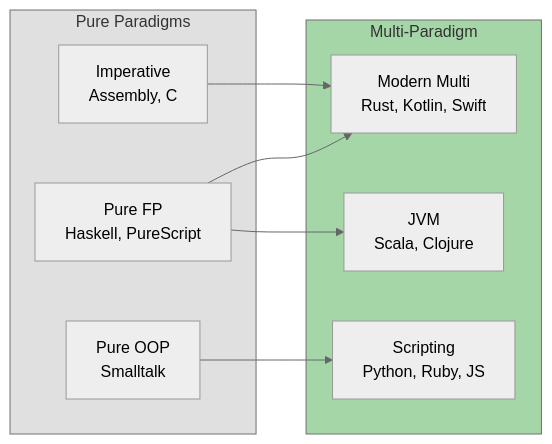
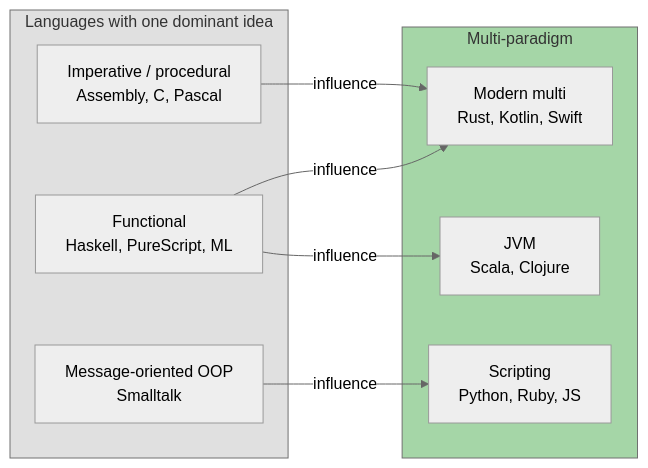
Before and after one commit to akardapolov/software-atlas: the third of 8 diagrams in docs/maps/paradigms-map.md, drawn with Mermaid (neutral theme). The commit also changed other lines of this file, not shown here.

Commit message:
feat: update map of paradigms

````diff
--- a/docs/maps/paradigms-map.md
+++ b/docs/maps/paradigms-map.md
@@ -186,22 +567,22 @@
 ```mermaid
 flowchart LR
-    subgraph Pure["Pure Paradigms"]
-        P_Imp["Imperative<br/>Assembly, C"]
-        P_FP["Pure FP<br/>Haskell, PureScript"]
-        P_OOP["Pure OOP<br/>Smalltalk"]
+    subgraph Focused["Languages with one dominant idea"]
+        P_Imp["Imperative / procedural<br/>Assembly, C, Pascal"]
+        P_FP["Functional<br/>Haskell, PureScript, ML"]
+        P_OOP["Message-oriented OOP<br/>Smalltalk"]
     end
 
-    subgraph Multi["Multi-Paradigm"]
-        M_Modern["Modern Multi<br/>Rust, Kotlin, Swift"]
+    subgraph Multi["Multi-paradigm"]
+        M_Modern["Modern multi<br/>Rust, Kotlin, Swift"]
         M_Script["Scripting<br/>Python, Ruby, JS"]
         M_JVM["JVM<br/>Scala, Clojure"]
     end
 
-    P_Imp --> M_Modern
-    P_FP --> M_Modern
-    P_OOP --> M_Script
-    P_FP --> M_JVM
+    P_Imp -->|"influence"| M_Modern
+    P_FP -->|"influence"| M_Modern
+    P_OOP -->|"influence"| M_Script
+    P_FP -->|"influence"| M_JVM
 
-    style Pure fill:#e0e0e0
+    style Focused fill:#e0e0e0
     style Multi fill:#a5d6a7
 ```
````
